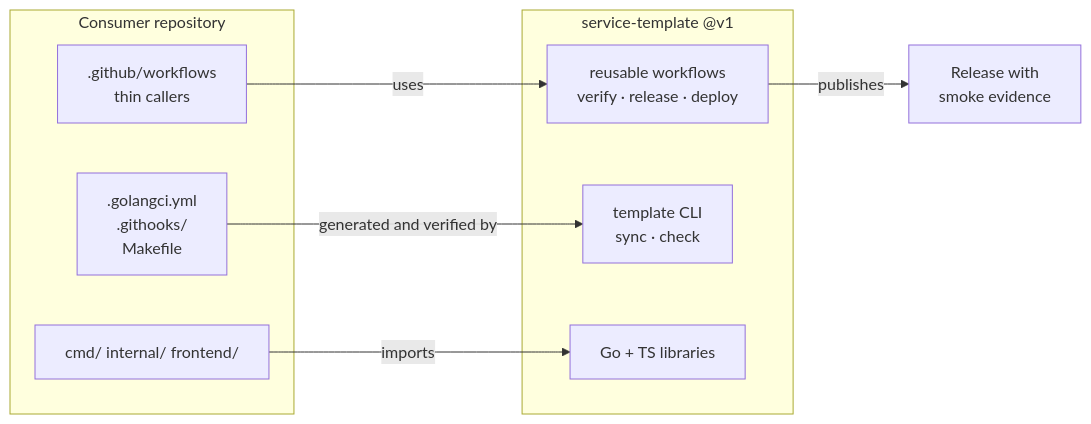
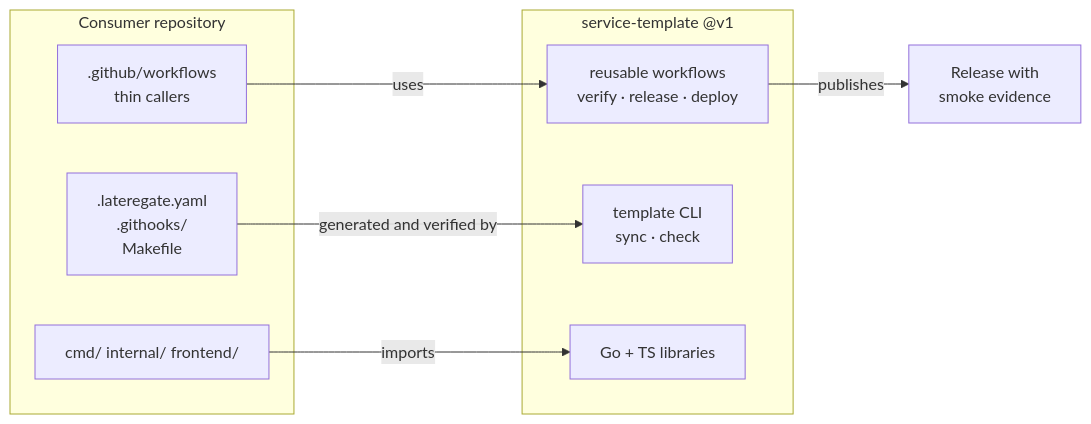
The diagram in README.md (latere-ai/service-template), drawn with Mermaid before and after one commit. The commit also changed other lines of this file and 8 other files, not shown here.

````diff
--- a/README.md
+++ b/README.md
@@ -68,17 +69,17 @@
 ```mermaid
 flowchart LR
   subgraph Repo["Consumer repository"]
     SK["cmd/ internal/ frontend/"]
-    CFG[".golangci.yml<br/>.githooks/<br/>Makefile"]
+    CFG[".lateregate.yaml<br/>.githooks/<br/>Makefile"]
     CALL[".github/workflows<br/>thin callers"]
   end
   subgraph T["service-template @v1"]
     WF["reusable workflows<br/>verify · release · deploy"]
     GEN["template CLI<br/>sync · check"]
     LIB["Go + TS libraries"]
   end
   CALL -->|uses| WF
   CFG -->|generated and verified by| GEN
   SK -->|imports| LIB
   WF -->|publishes| REL["Release with<br/>smoke evidence"]
 ```
````
